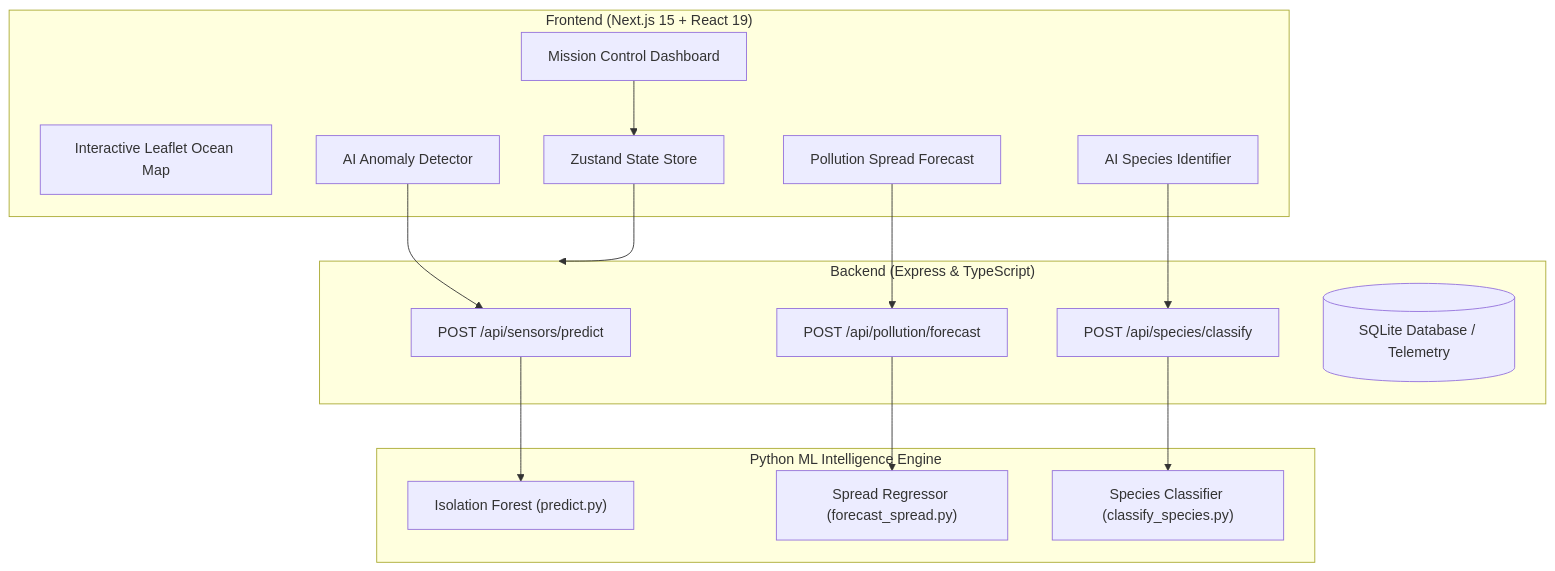
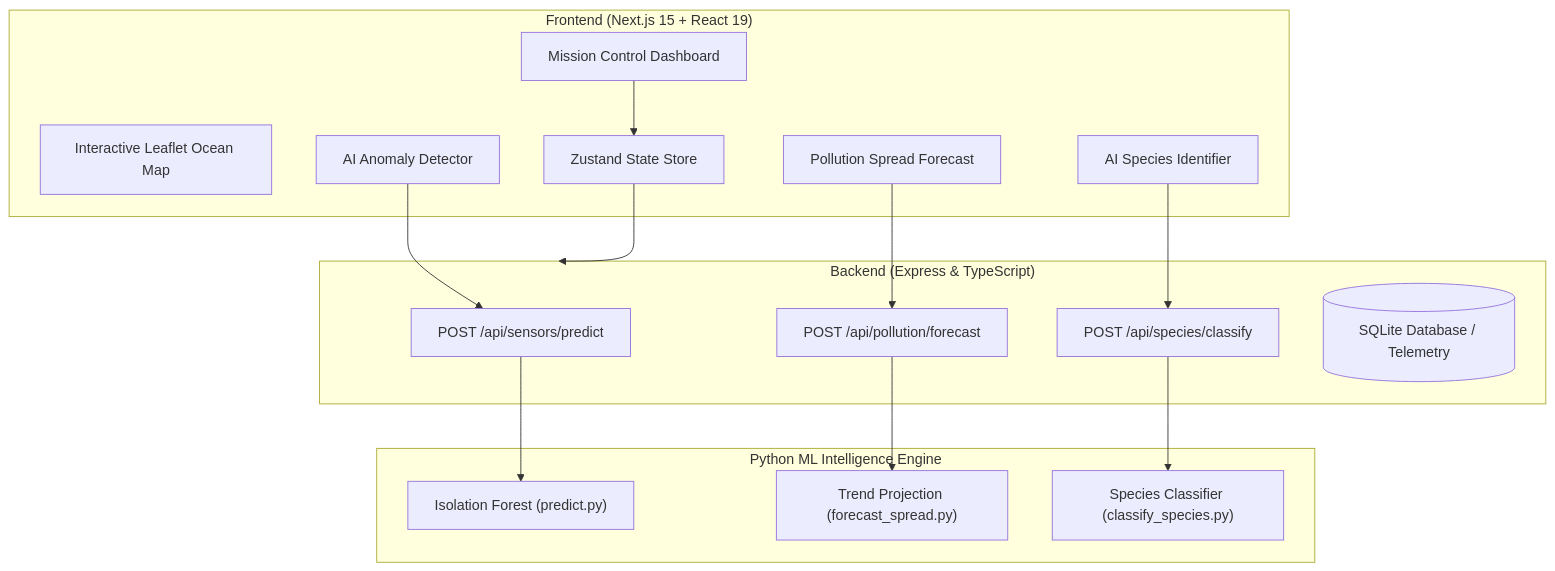
The diagram in README.md (tiwariraman884/DeepSee), drawn with Mermaid before and after one commit. The commit also changed other lines of this file and 22 other files, not shown here.

````diff
--- a/README.md
+++ b/README.md
@@ -81,34 +81,34 @@
 ```mermaid
 graph TD
     subgraph Client ["Frontend (Next.js 15 + React 19)"]
         UI["Mission Control Dashboard"]
         Map["Interactive Leaflet Ocean Map"]
         Detector["AI Anomaly Detector"]
         Forecaster["Pollution Spread Forecast"]
         Classifier["AI Species Identifier"]
         Store["Zustand State Store"]
     end
 
     subgraph API ["Backend (Express & TypeScript)"]
         SensorsRoute["POST /api/sensors/predict"]
         PollutionRoute["POST /api/pollution/forecast"]
         SpeciesRoute["POST /api/species/classify"]
         DB[("SQLite Database / Telemetry")]
     end
 
     subgraph ML ["Python ML Intelligence Engine"]
         IFModel["Isolation Forest (predict.py)"]
-        SpreadModel["Spread Regressor (forecast_spread.py)"]
+        SpreadModel["Trend Projection (forecast_spread.py)"]
         CVModel["Species Classifier (classify_species.py)"]
     end
 
     UI --> Store
     Store --> API
     Detector --> SensorsRoute
     Forecaster --> PollutionRoute
     Classifier --> SpeciesRoute
 
     SensorsRoute --> IFModel
     PollutionRoute --> SpreadModel
     SpeciesRoute --> CVModel
 ```
````
